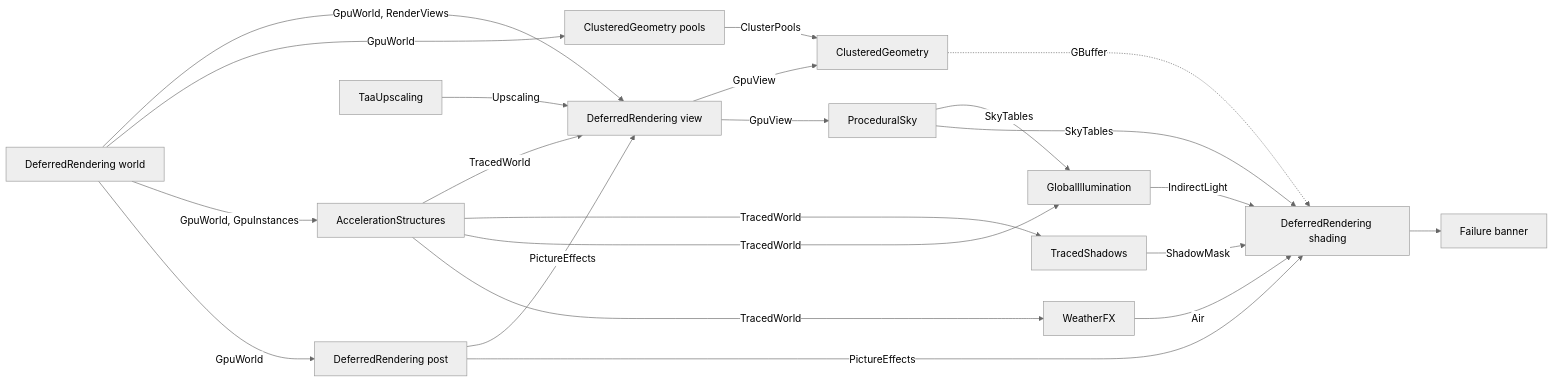
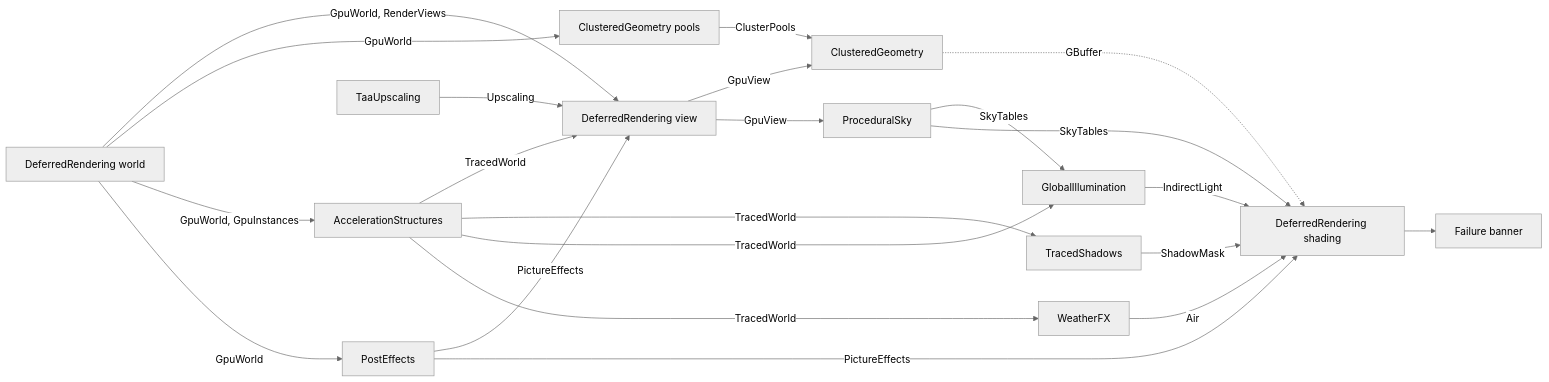
One commit to Konfus-org/Magic changed the diagram in docs/RENDERING.md. Above: the diagram before and after it, drawn with Mermaid (neutral theme). The commit also changed other lines of this file and 49 other files, not shown here.

First line of the commit message:
feat: Make the post-processing chain a gem of its own, PostEffects

````diff
--- a/docs/RENDERING.md
+++ b/docs/RENDERING.md
@@ -11,24 +11,24 @@
 ```mermaid
 flowchart LR
     World[DeferredRendering world] -- GpuWorld, RenderViews --> View[DeferredRendering view]
     World -- GpuWorld --> Pools[ClusteredGeometry pools]
     World -- GpuWorld, GpuInstances --> Accel[AccelerationStructures]
-    World -- GpuWorld --> Post[DeferredRendering post]
+    World -- GpuWorld --> Post[PostEffects]
     Taa[TaaUpscaling] -- Upscaling --> View
     Post -- PictureEffects --> View
     Accel -- TracedWorld --> View
     View -- GpuView --> Clusters[ClusteredGeometry]
     View -- GpuView --> Sky[ProceduralSky]
     Sky -- SkyTables --> GI
     Sky -- SkyTables --> Shading
     Pools -- ClusterPools --> Clusters
     Accel -- TracedWorld --> Shadows[TracedShadows]
     Accel -- TracedWorld --> GI[GlobalIllumination]
     Accel -- TracedWorld --> Vol[WeatherFX]
     Shadows -- ShadowMask --> Shading[DeferredRendering shading]
     GI -- IndirectLight --> Shading
     Vol -- Air --> Shading
     Post -- PictureEffects --> Shading
     Clusters -. GBuffer .-> Shading
     Shading --> Banner[Failure banner]
 ```
````
